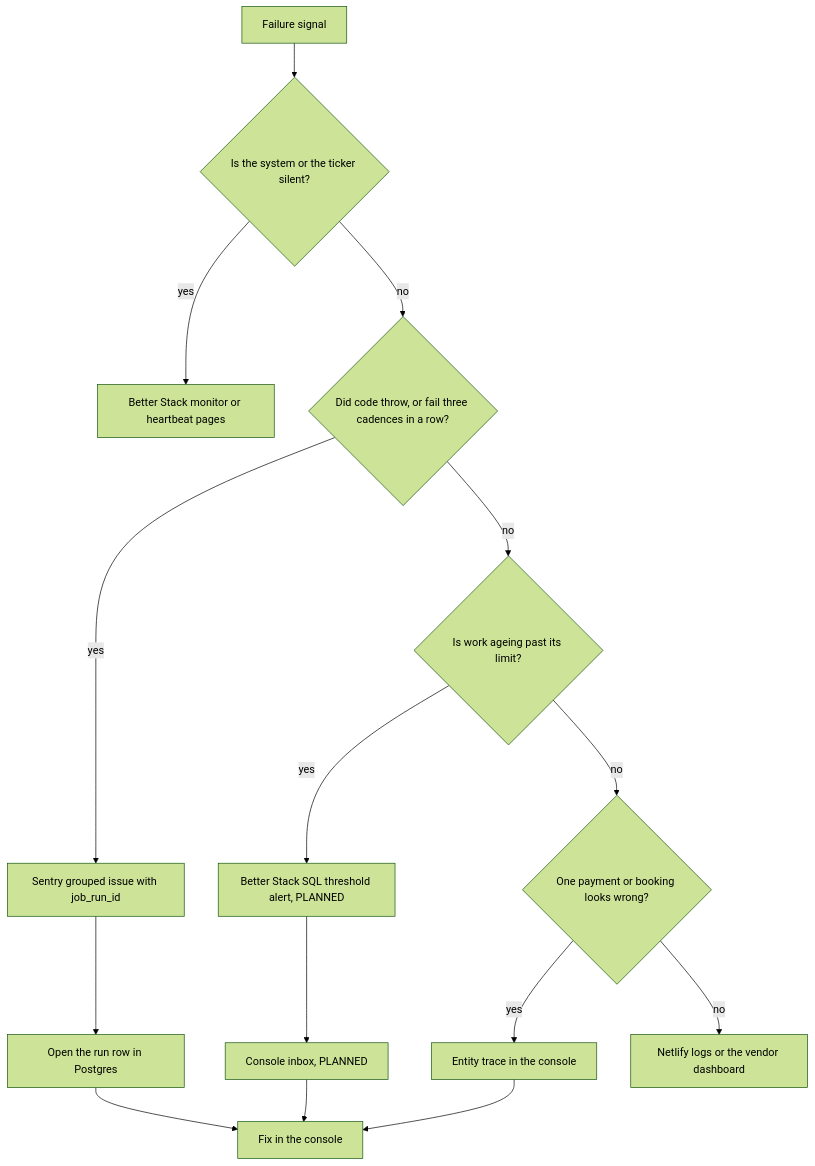
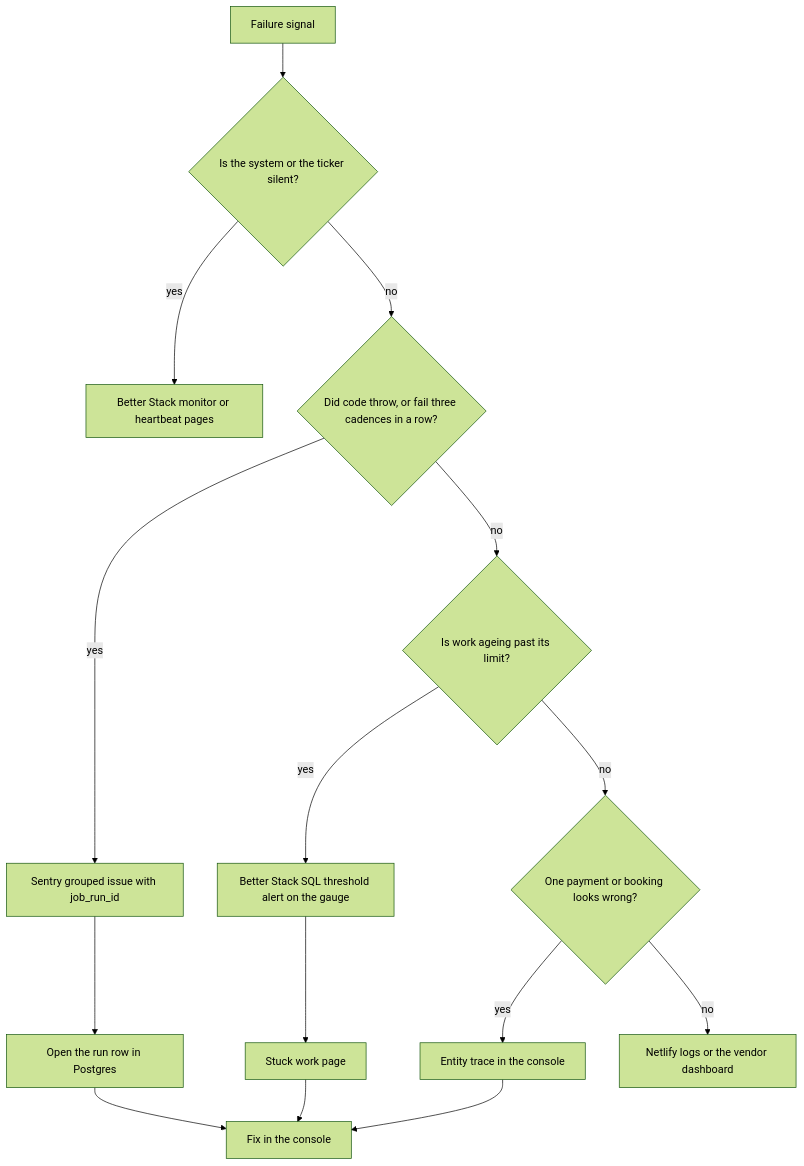
The first of 2 diagrams in docs/observability/01-ownership-sentry-betterstack.md (Practitionist/familiarise_web), drawn with Mermaid (forest theme) before and after one commit. The commit also changed other lines of this file and 46 other files, not shown here.

Commit message:
feat(observability): gaps PR 1 — ingest outcomes, run-row failures, backlog gauges and the Stuck work inbox (#2504)

````diff
--- a/docs/observability/01-ownership-sentry-betterstack.md
+++ b/docs/observability/01-ownership-sentry-betterstack.md
@@ -48,17 +49,17 @@
 ```mermaid
 flowchart TD
     S[Failure signal] --> Q1{Is the system or the ticker silent?}
     Q1 -- yes --> BS[Better Stack monitor or heartbeat pages]
     Q1 -- no --> Q2{Did code throw, or fail three cadences in a row?}
     Q2 -- yes --> SE[Sentry grouped issue with job_run_id]
     SE --> RR[Open the run row in Postgres]
     Q2 -- no --> Q3{Is work ageing past its limit?}
-    Q3 -- yes --> BG[Better Stack SQL threshold alert, PLANNED]
-    BG --> INB[Console inbox, PLANNED]
+    Q3 -- yes --> BG[Better Stack SQL threshold alert on the gauge]
+    BG --> INB[Stuck work page]
     Q3 -- no --> Q4{One payment or booking looks wrong?}
     Q4 -- yes --> ET[Entity trace in the console]
     Q4 -- no --> NL[Netlify logs or the vendor dashboard]
     RR --> ACT[Fix in the console]
     INB --> ACT
     ET --> ACT
 ```
````
